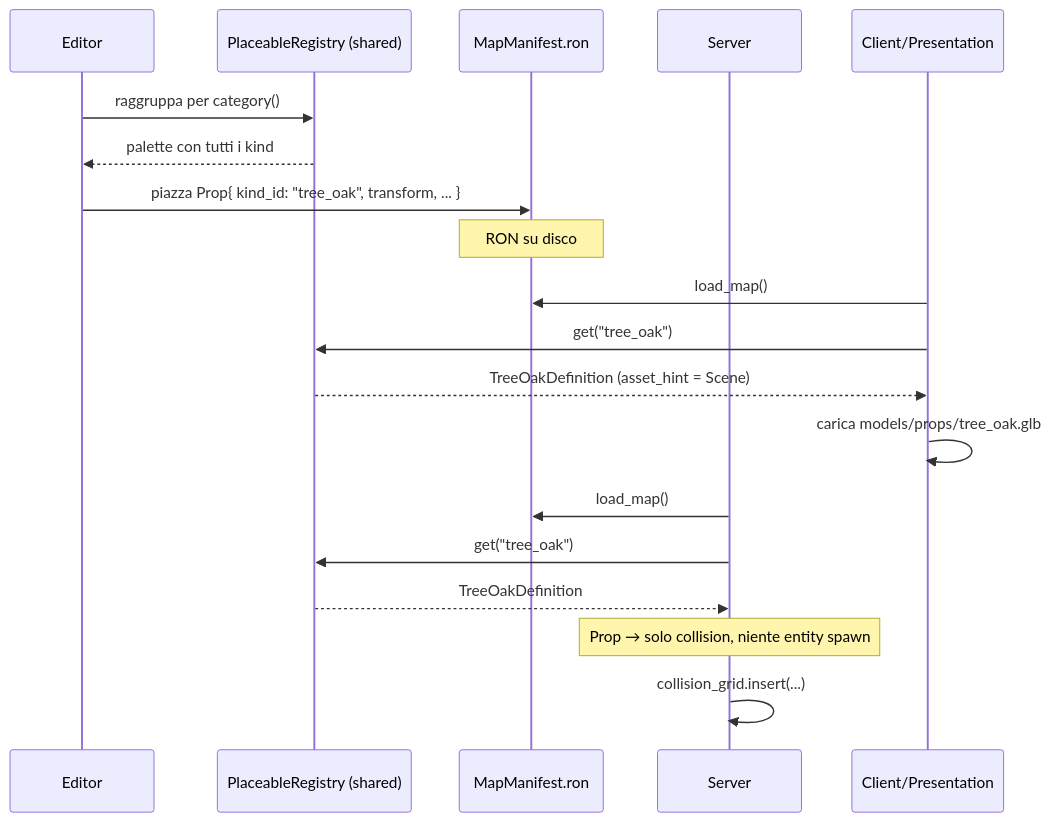
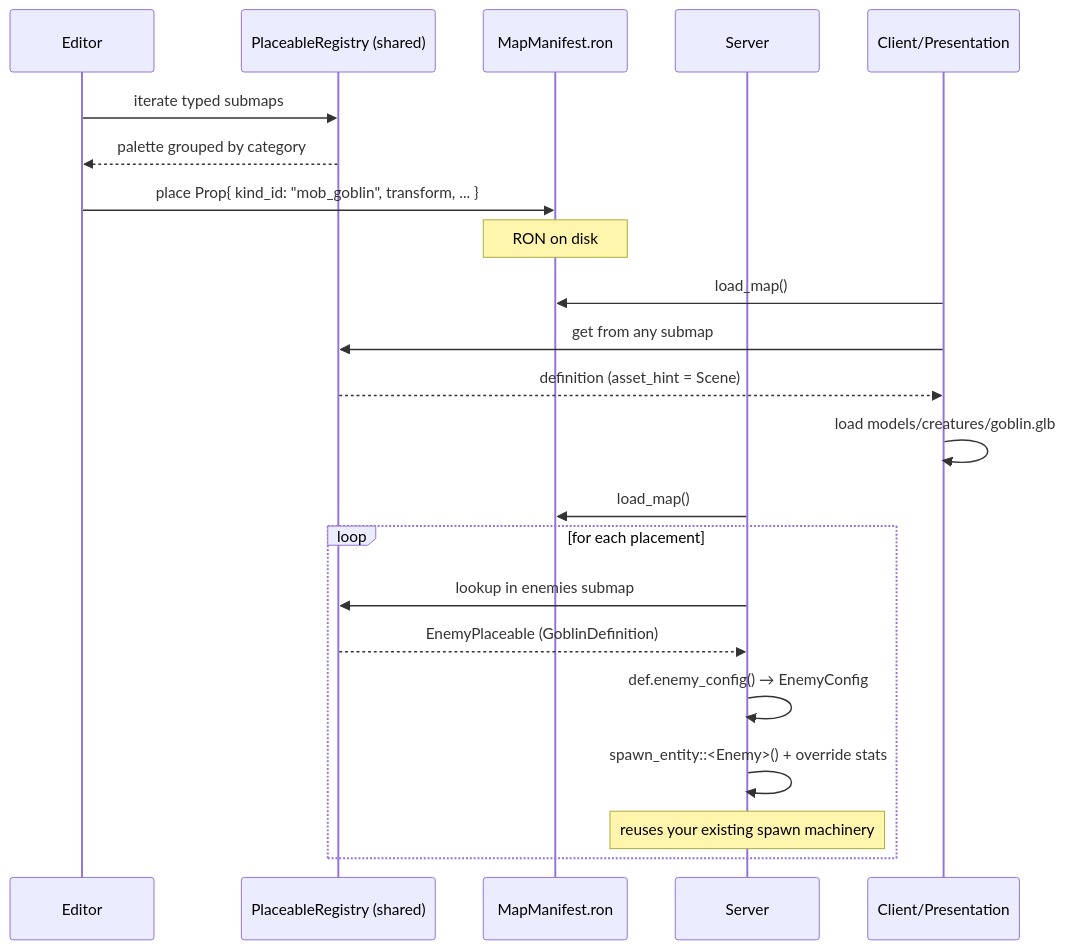
Before and after one commit to alessandrobrunoh/BevyMMO: the second of 2 diagrams in plans/placeable-catalog.md, drawn with Mermaid. The commit also changed other lines of this file and 67 other files, not shown here.

````diff
--- a/plans/placeable-catalog.md
+++ b/plans/placeable-catalog.md
@@ -428,24 +804,27 @@
 ```mermaid
 sequenceDiagram
     participant Ed as Editor
     participant Reg as PlaceableRegistry (shared)
     participant Man as MapManifest.ron
     participant Srv as Server
     participant Cli as Client/Presentation
 
-    Ed->>Reg: raggruppa per category()
-    Reg-->>Ed: palette con tutti i kind
-    Ed->>Man: piazza Prop{ kind_id: "tree_oak", transform, ... }
-    Note over Man: RON su disco
+    Ed->>Reg: iterate typed submaps
+    Reg-->>Ed: palette grouped by category
+    Ed->>Man: place Prop{ kind_id: "mob_goblin", transform, ... }
+    Note over Man: RON on disk
 
     Cli->>Man: load_map()
-    Cli->>Reg: get("tree_oak")
-    Reg-->>Cli: TreeOakDefinition (asset_hint = Scene)
-    Cli->>Cli: carica models/props/tree_oak.glb
+    Cli->>Reg: get from any submap
+    Reg-->>Cli: definition (asset_hint = Scene)
+    Cli->>Cli: load models/creatures/goblin.glb
 
     Srv->>Man: load_map()
-    Srv->>Reg: get("tree_oak")
-    Reg-->>Srv: TreeOakDefinition
-    Note over Srv: Prop → solo collision, niente entity spawn
-    Srv->>Srv: collision_grid.insert(...)
+    loop for each placement
+        Srv->>Reg: lookup in enemies submap
+        Reg-->>Srv: EnemyPlaceable (GoblinDefinition)
+        Srv->>Srv: def.enemy_config() → EnemyConfig
+        Srv->>Srv: spawn_entity::<Enemy>() + override stats
+        Note over Srv: reuses your existing spawn machinery
+    end
 ```
````
